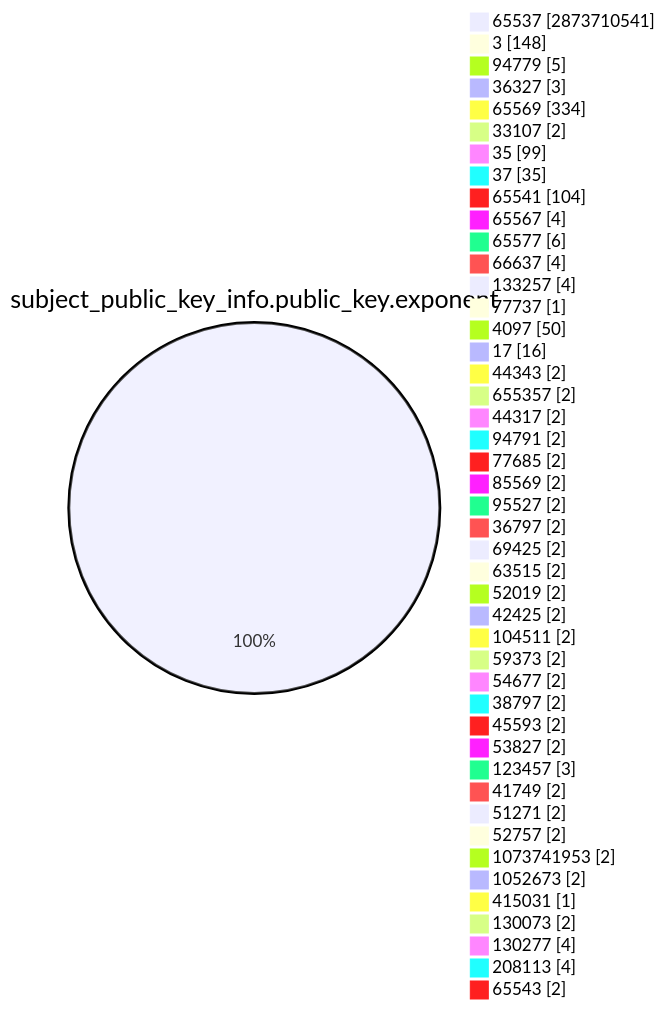
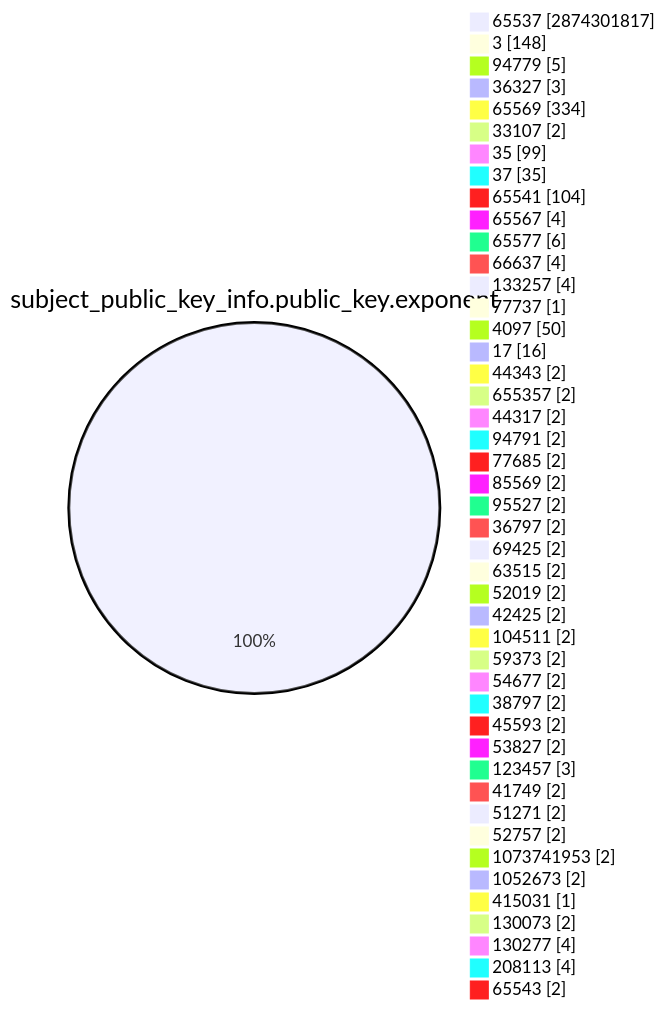
The fourth of 15 diagrams in TOTAL/README.md (christiankrug/ctmonitor_visualization), drawn with Mermaid before and after one commit. The commit also changed other lines of this file, not shown here.

````diff
--- a/TOTAL/README.md
+++ b/TOTAL/README.md
@@ -1468,49 +1468,49 @@
 ```mermaid
 pie showData
 title subject_public_key_info.public_key.exponent
-"65537" :2873710541
+"65537" :2874301817
 "3" :148
 "94779" :5
 "36327" :3
 "65569" :334
 "33107" :2
 "35" :99
 "37" :35
 "65541" :104
 "65567" :4
 "65577" :6
 "66637" :4
 "133257" :4
 "77737" :1
 "4097" :50
 "17" :16
 "44343" :2
 "655357" :2
 "44317" :2
 "94791" :2
 "77685" :2
 "85569" :2
 "95527" :2
 "36797" :2
 "69425" :2
 "63515" :2
 "52019" :2
 "42425" :2
 "104511" :2
 "59373" :2
 "54677" :2
 "38797" :2
 "45593" :2
 "53827" :2
 "123457" :3
 "41749" :2
 "51271" :2
 "52757" :2
 "1073741953" :2
 "1052673" :2
 "415031" :1
 "130073" :2
 "130277" :4
 "208113" :4
 "65543" :2
 ```
````
